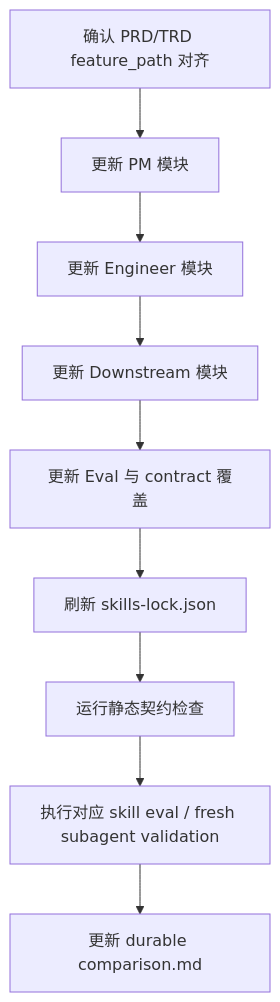
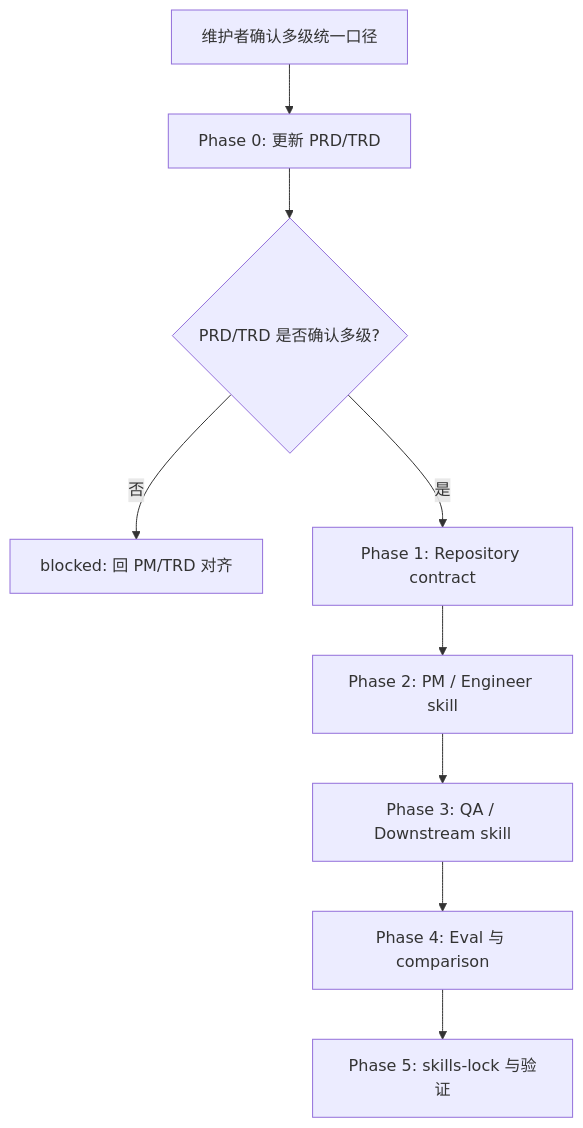
The diagram in docs/engineer/feature-path-contract/IMPLEMENTATION_PLAN.md (Neplich/dev-agent-skills), drawn with Mermaid before and after one commit. The commit also changed other lines of this file and 56 other files, not shown here.

First line of the commit message:
feat: 统一多级 feature_path 约束

````diff
--- a/docs/engineer/feature-path-contract/IMPLEMENTATION_PLAN.md
+++ b/docs/engineer/feature-path-contract/IMPLEMENTATION_PLAN.md
@@ -39,11 +38,11 @@
 ```mermaid
 flowchart TD
-    A["确认 PRD/TRD feature_path 对齐"] --> B["更新 PM 模块"]
-    B --> C["更新 Engineer 模块"]
-    C --> D["更新 Downstream 模块"]
-    D --> E["更新 Eval 与 contract 覆盖"]
-    E --> F["刷新 skills-lock.json"]
-    F --> G["运行静态契约检查"]
-    G --> H["执行对应 skill eval / fresh subagent validation"]
-    H --> I["更新 durable comparison.md"]
+    A["维护者确认多级统一口径"] --> B["Phase 0: 更新 PRD/TRD"]
+    B --> C{"PRD/TRD 是否确认多级? "}
+    C -->|否| D["blocked: 回 PM/TRD 对齐"]
+    C -->|是| E["Phase 1: Repository contract"]
+    E --> F["Phase 2: PM / Engineer skill"]
+    F --> G["Phase 3: QA / Downstream skill"]
+    G --> H["Phase 4: Eval 与 comparison"]
+    H --> I["Phase 5: skills-lock 与验证"]
 ```
````
